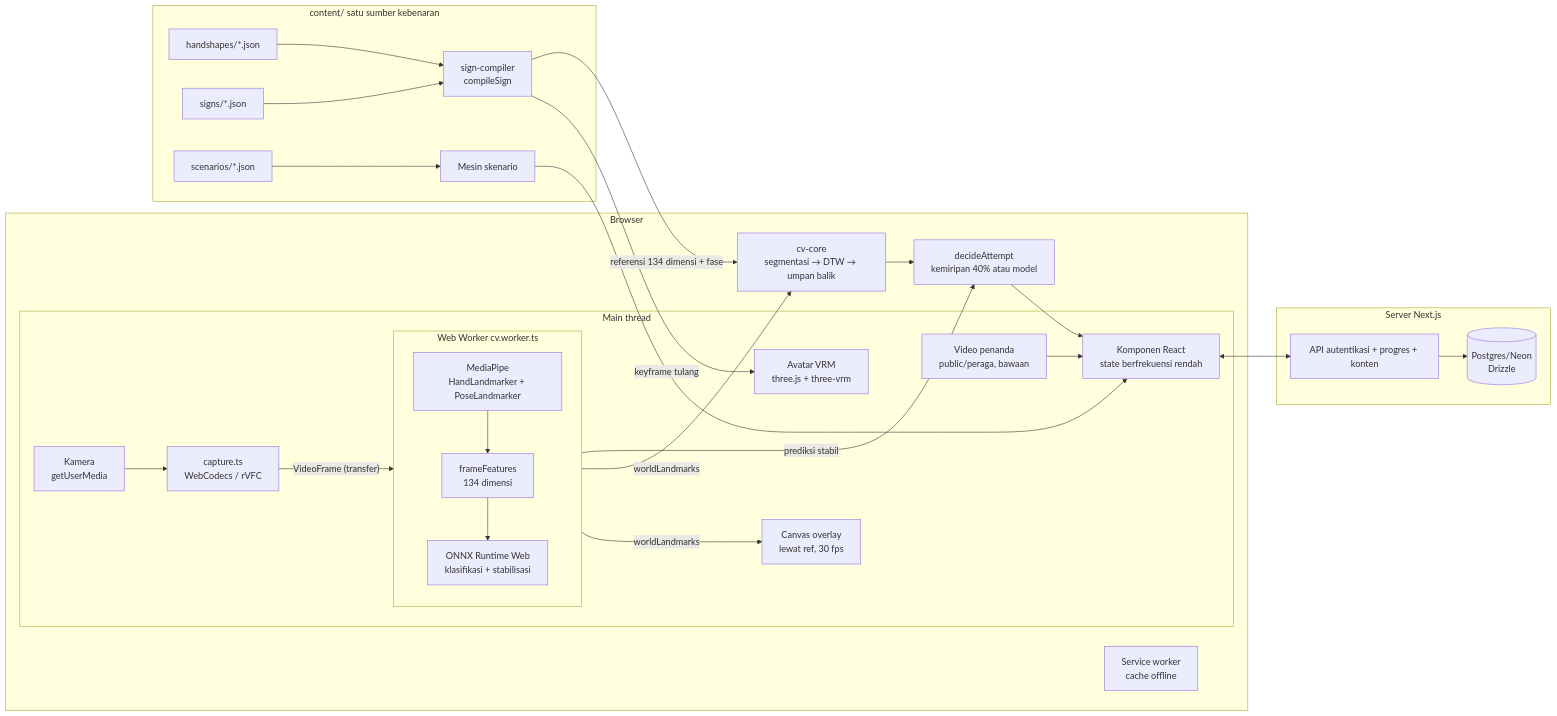
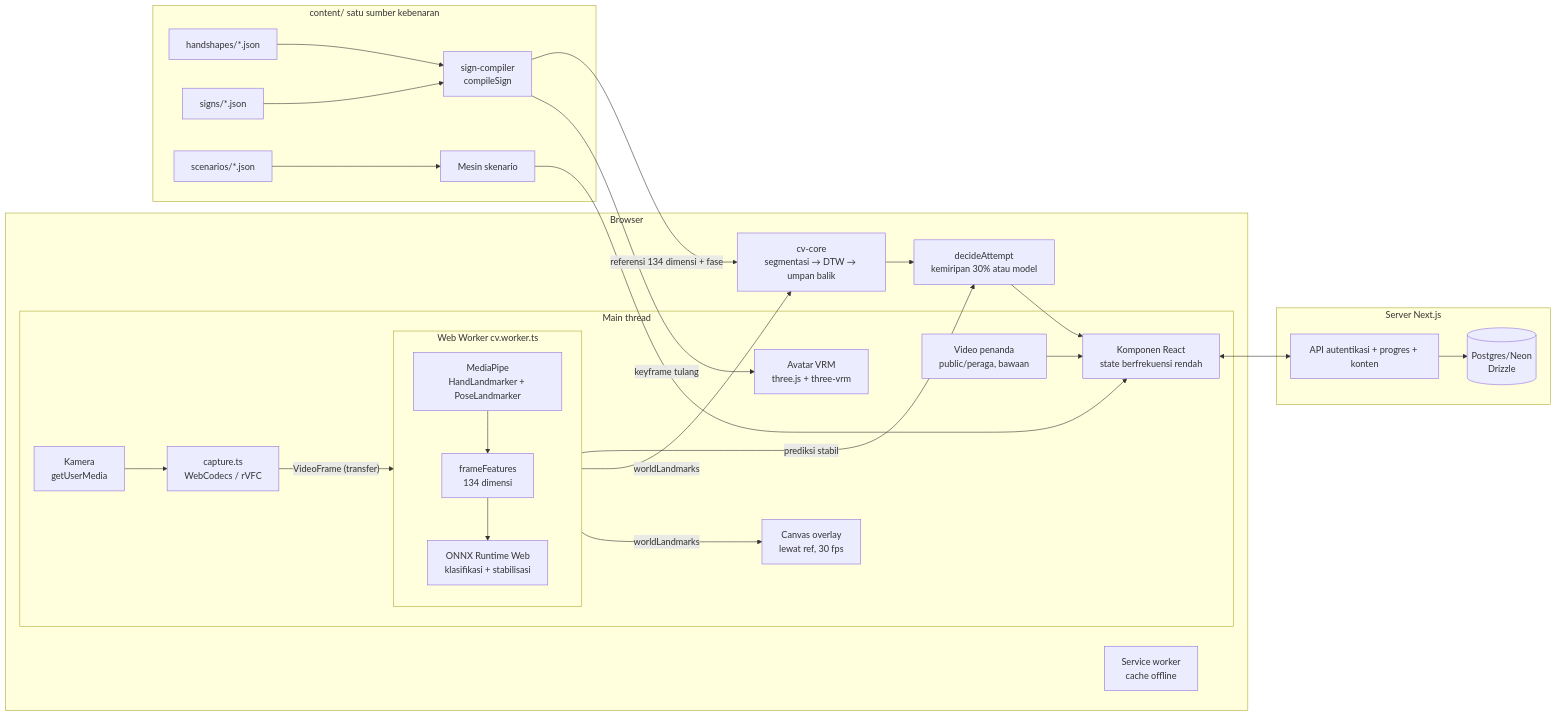
The diagram in docs/architecture.md (benditandayusaputra/lakon-app), drawn with Mermaid before and after one commit. The commit also changed other lines of this file and 2 other files, not shown here.

````diff
--- a/docs/architecture.md
+++ b/docs/architecture.md
@@ -13,39 +13,39 @@
 ```mermaid
 flowchart LR
   subgraph Browser
     subgraph MainThread[Main thread]
       CAM[Kamera\ngetUserMedia] --> CAP[capture.ts\nWebCodecs / rVFC]
       CAP -- "VideoFrame (transfer)" --> W
       OVR[Canvas overlay\nlewat ref, 30 fps]
       UI[Komponen React\nstate berfrekuensi rendah]
       AVA[Avatar VRM\nthree.js + three-vrm]
       VID[Video penanda\npublic/peraga, bawaan]
     end
     subgraph W[Web Worker cv.worker.ts]
       MP[MediaPipe\nHandLandmarker + PoseLandmarker] --> FEAT[frameFeatures\n134 dimensi]
       FEAT --> ORT[ONNX Runtime Web\nklasifikasi + stabilisasi]
     end
     W -- "worldLandmarks" --> OVR
     W -- "worldLandmarks" --> VER[cv-core\nsegmentasi → DTW → umpan balik]
-    W -- "prediksi stabil" --> FUSE[decideAttempt\nkemiripan 40% atau model]
+    W -- "prediksi stabil" --> FUSE[decideAttempt\nkemiripan 30% atau model]
     VER --> FUSE
     FUSE --> UI
     SW[Service worker\ncache offline]
   end
 
   subgraph Content[content/ satu sumber kebenaran]
     HS[handshapes/*.json] --> COMP
     SG[signs/*.json] --> COMP[sign-compiler\ncompileSign]
     SC[scenarios/*.json] --> ENG[Mesin skenario]
   end
 
   COMP -- "keyframe tulang" --> AVA
   COMP -- "referensi 134 dimensi + fase" --> VER
   ENG --> UI
 
   subgraph Server[Server Next.js]
     API[API autentikasi + progres + konten] --> DB[(Postgres/Neon\nDrizzle)]
   end
   UI <--> API
   VID --> UI
 ```
````
